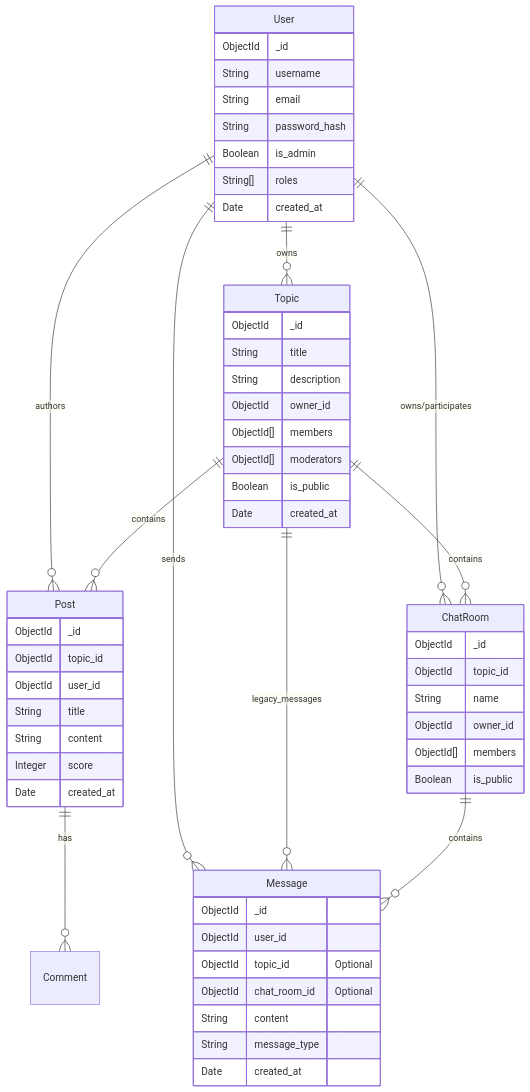
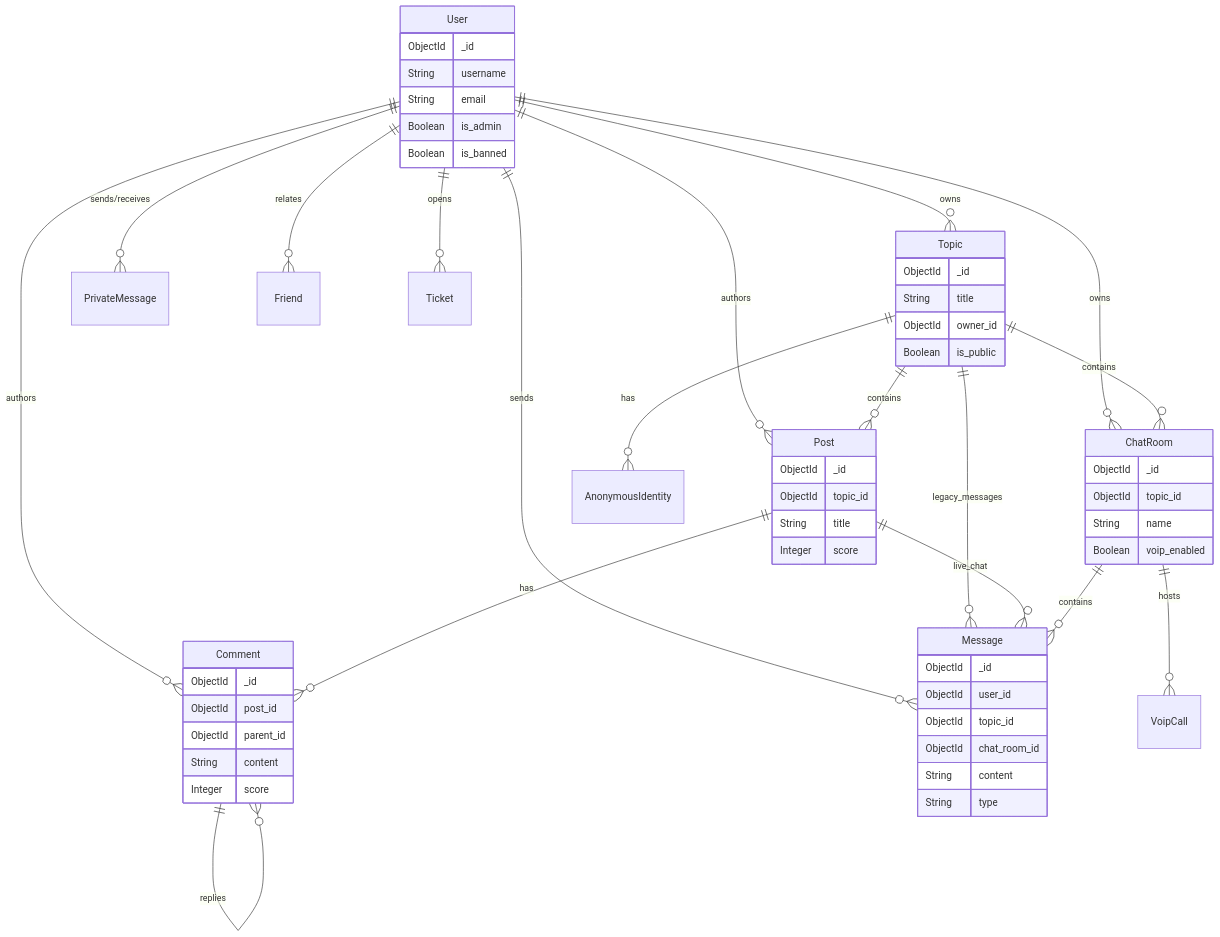
Before and after one commit to 8JP8/TopicsFlow: the diagram in wiki/Database-Schema.md, drawn with Mermaid. The commit also changed other lines of this file, not shown here.

Commit message:
update db schema wiki

````diff
--- a/wiki/Database-Schema.md
+++ b/wiki/Database-Schema.md
@@ -7,65 +7,70 @@
 ```mermaid
 erDiagram
     User ||--o{ Topic : "owns"
     User ||--o{ Post : "authors"
+    User ||--o{ Comment : "authors"
     User ||--o{ Message : "sends"
-    User ||--o{ ChatRoom : "owns/participates"
+    User ||--o{ PrivateMessage : "sends/receives"
+    User ||--o{ ChatRoom : "owns"
+    User ||--o{ Friend : "relates"
+    User ||--o{ Ticket : "opens"
     
     Topic ||--o{ Post : "contains"
     Topic ||--o{ ChatRoom : "contains"
     Topic ||--o{ Message : "legacy_messages"
+    Topic ||--o{ AnonymousIdentity : "has"
     
     Post ||--o{ Comment : "has"
+    Post ||--o{ Message : "live_chat"
     
     ChatRoom ||--o{ Message : "contains"
+    ChatRoom ||--o{ VoipCall : "hosts"
+    
+    Comment ||--o{ Comment : "replies"
     
     User {
         ObjectId _id
         String username
         String email
-        String password_hash
         Boolean is_admin
-        String[] roles
-        Date created_at
+        Boolean is_banned
     }
 
     Topic {
         ObjectId _id
         String title
-        String description
         ObjectId owner_id
-        ObjectId[] members
-        ObjectId[] moderators
         Boolean is_public
-        Date created_at
     }
 
     Post {
         ObjectId _id
         ObjectId topic_id
-        ObjectId user_id
         String title
+        Integer score
+    }
+
+    Comment {
+        ObjectId _id
+        ObjectId post_id
+        ObjectId parent_id
         String content
         Integer score
-        Date created_at
     }
 
     ChatRoom {
         ObjectId _id
         ObjectId topic_id
         String name
-        ObjectId owner_id
-        ObjectId[] members
-        Boolean is_public
+        Boolean voip_enabled
     }
 
     Message {
         ObjectId _id
         ObjectId user_id
-        ObjectId topic_id "Optional"
-        ObjectId chat_room_id "Optional"
+        ObjectId topic_id
+        ObjectId chat_room_id
         String content
-        String message_type
-        Date created_at
+        String type
     }
 ```
````
